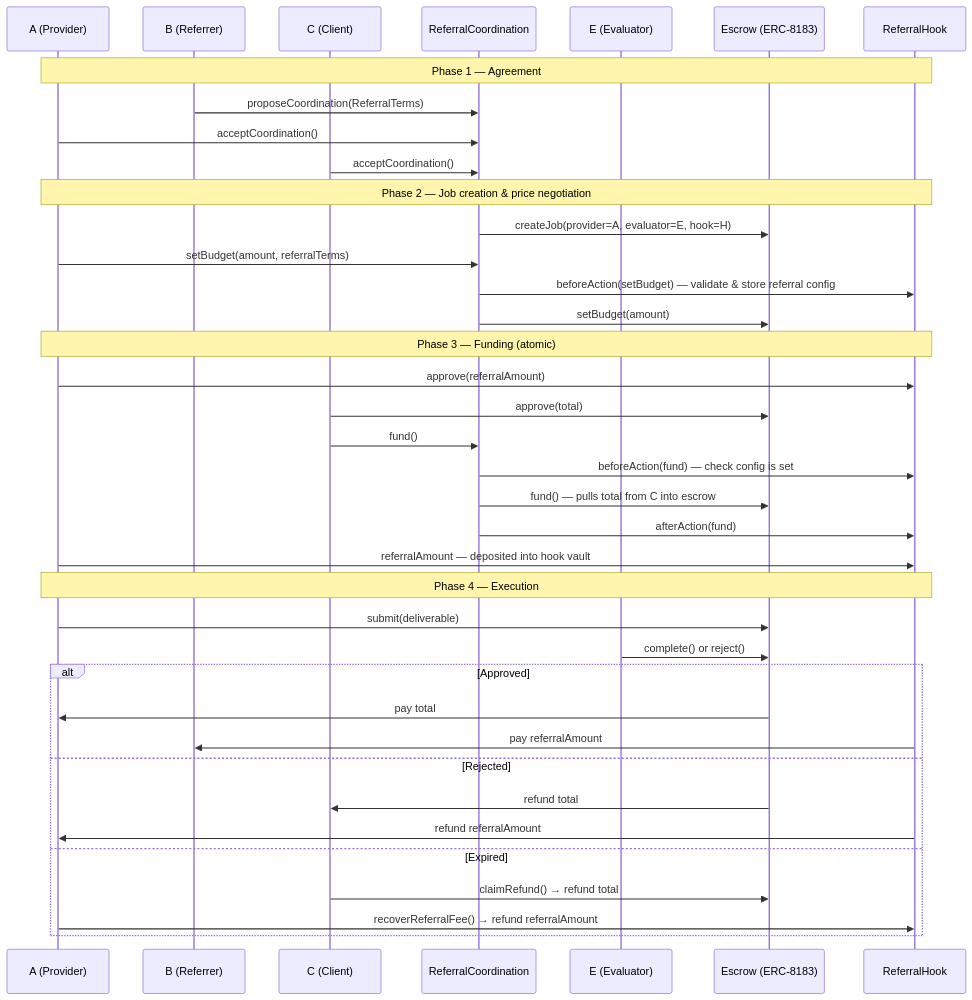
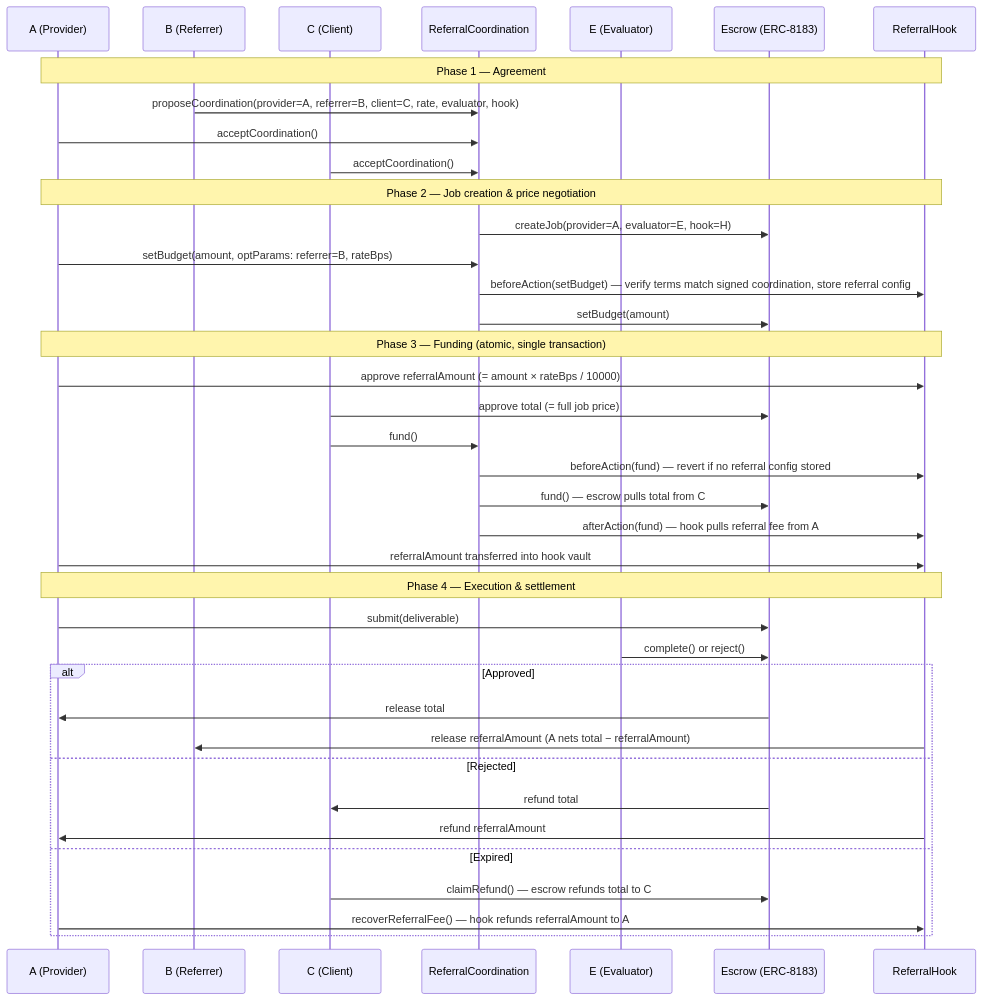
Before and after one commit to luca-nik/a2a-referral-erc: the diagram in README.md, drawn with Mermaid.

Commit message:
Improve diagram: add descriptive labels to all steps

````diff
--- a/README.md
+++ b/README.md
@@ -57,49 +57,49 @@
 ```mermaid
 sequenceDiagram
     participant A as A (Provider)
     participant B as B (Referrer)
     participant C as C (Client)
     participant RC as ReferralCoordination
     participant E as E (Evaluator)
     participant ESC as Escrow (ERC-8183)
     participant H as ReferralHook
 
     note over A,H: Phase 1 — Agreement
 
-    B->>RC: proposeCoordination(ReferralTerms)
+    B->>RC: proposeCoordination(provider=A, referrer=B, client=C, rate, evaluator, hook)
     A->>RC: acceptCoordination()
     C->>RC: acceptCoordination()
 
     note over A,H: Phase 2 — Job creation & price negotiation
 
     RC->>ESC: createJob(provider=A, evaluator=E, hook=H)
-    A->>RC: setBudget(amount, referralTerms)
-    RC->>H: beforeAction(setBudget) — validate & store referral config
+    A->>RC: setBudget(amount, optParams: referrer=B, rateBps)
+    RC->>H: beforeAction(setBudget) — verify terms match signed coordination, store referral config
     RC->>ESC: setBudget(amount)
 
-    note over A,H: Phase 3 — Funding (atomic)
+    note over A,H: Phase 3 — Funding (atomic, single transaction)
 
-    A->>H: approve(referralAmount)
-    C->>ESC: approve(total)
+    A->>H: approve referralAmount (= amount × rateBps / 10000)
+    C->>ESC: approve total (= full job price)
     C->>RC: fund()
-    RC->>H: beforeAction(fund) — check config is set
-    RC->>ESC: fund() — pulls total from C into escrow
-    RC->>H: afterAction(fund)
-    A->>H: referralAmount — deposited into hook vault
+    RC->>H: beforeAction(fund) — revert if no referral config stored
+    RC->>ESC: fund() — escrow pulls total from C
+    RC->>H: afterAction(fund) — hook pulls referral fee from A
+    A->>H: referralAmount transferred into hook vault
 
-    note over A,H: Phase 4 — Execution
+    note over A,H: Phase 4 — Execution & settlement
 
     A->>ESC: submit(deliverable)
     E->>ESC: complete() or reject()
 
     alt Approved
-        ESC->>A: pay total
-        H->>B: pay referralAmount
+        ESC->>A: release total
+        H->>B: release referralAmount (A nets total − referralAmount)
     else Rejected
         ESC->>C: refund total
         H->>A: refund referralAmount
     else Expired
-        C->>ESC: claimRefund() → refund total
-        A->>H: recoverReferralFee() → refund referralAmount
+        C->>ESC: claimRefund() — escrow refunds total to C
+        A->>H: recoverReferralFee() — hook refunds referralAmount to A
     end
 ```
````
